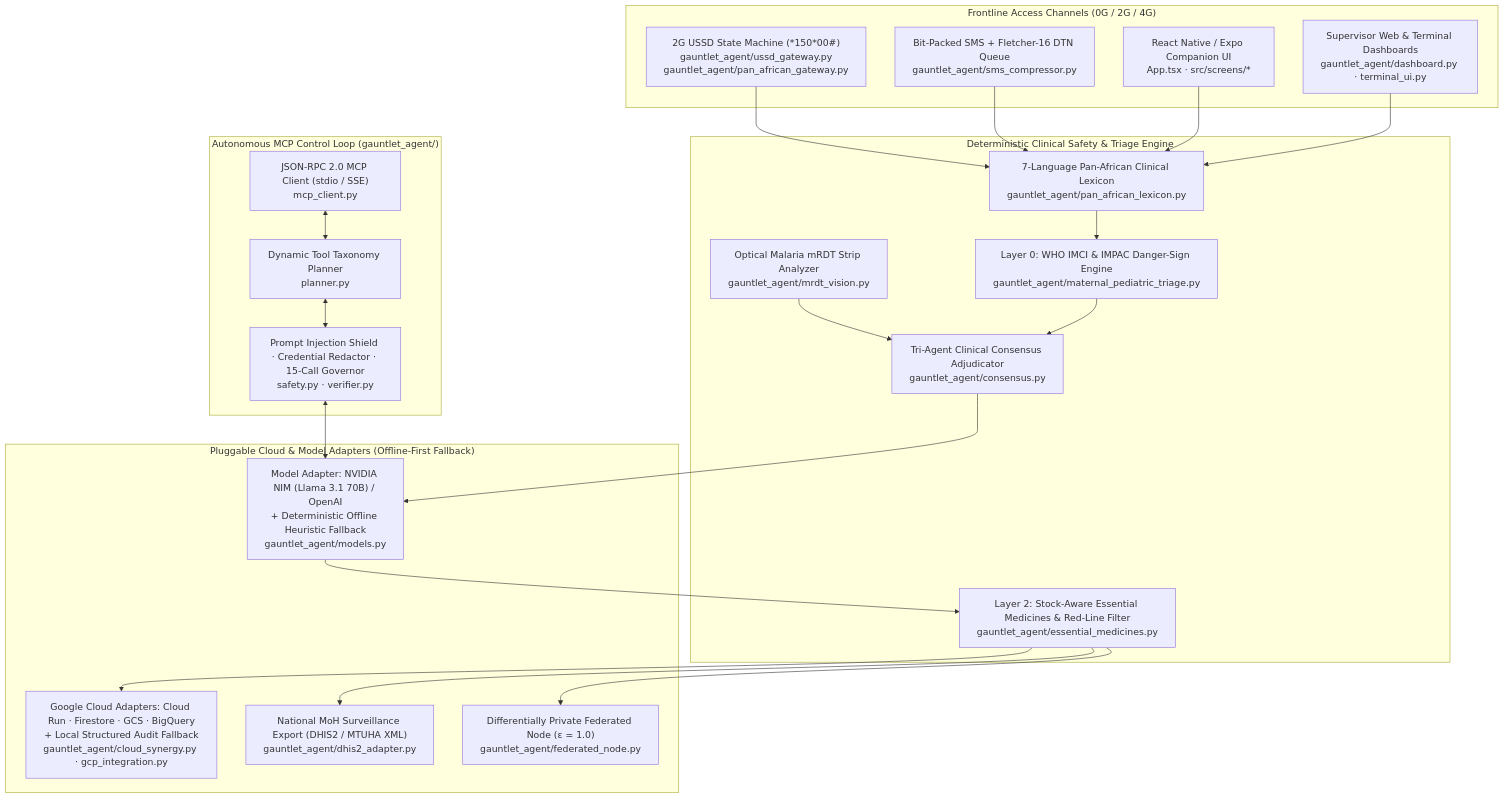
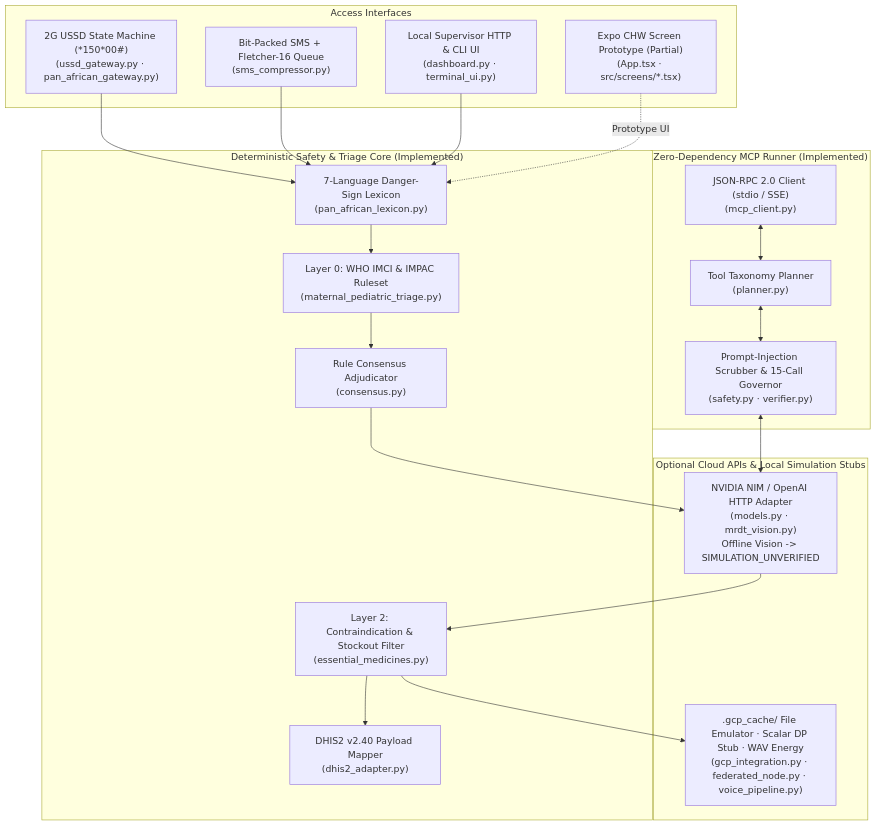
The diagram in README.md (creova-gif/daktari-agent), drawn with Mermaid before and after one commit. The commit also changed other lines of this file and 9 other files, not shown here.

Commit message:
security(clinical): fail closed on untagged mRDT payloads and reconcile implementation status

````diff
--- a/README.md
+++ b/README.md
@@ -22,48 +43,44 @@
 ```mermaid
 flowchart TB
-    subgraph Channels["Frontline Access Channels (0G / 2G / 4G)"]
-        USSD["2G USSD State Machine (*150*00#)<br/>gauntlet_agent/ussd_gateway.py<br/>gauntlet_agent/pan_african_gateway.py"]
-        SMS["Bit-Packed SMS + Fletcher-16 DTN Queue<br/>gauntlet_agent/sms_compressor.py"]
-        Mobile["React Native / Expo Companion UI<br/>App.tsx · src/screens/*"]
-        WebUI["Supervisor Web & Terminal Dashboards<br/>gauntlet_agent/dashboard.py · terminal_ui.py"]
+    subgraph Channels["Access Interfaces"]
+        USSD["2G USSD State Machine (*150*00#)<br/>(ussd_gateway.py · pan_african_gateway.py)"]
+        SMS["Bit-Packed SMS + Fletcher-16 Queue<br/>(sms_compressor.py)"]
+        WebUI["Local Supervisor HTTP & CLI UI<br/>(dashboard.py · terminal_ui.py)"]
+        Expo["Expo CHW Screen Prototype (Partial)<br/>(App.tsx · src/screens/*.tsx)"]
     end
 
-    subgraph SafetySandwich["Deterministic Clinical Safety & Triage Engine"]
-        Lexicon["7-Language Pan-African Clinical Lexicon<br/>gauntlet_agent/pan_african_lexicon.py"]
-        IMCI["Layer 0: WHO IMCI & IMPAC Danger-Sign Engine<br/>gauntlet_agent/maternal_pediatric_triage.py"]
-        mRDT["Optical Malaria mRDT Strip Analyzer<br/>gauntlet_agent/mrdt_vision.py"]
-        Consensus["Tri-Agent Clinical Consensus Adjudicator<br/>gauntlet_agent/consensus.py"]
-        MedFilter["Layer 2: Stock-Aware Essential Medicines & Red-Line Filter<br/>gauntlet_agent/essential_medicines.py"]
+    subgraph DeterministicCore["Deterministic Safety & Triage Core (Implemented)"]
+        Lexicon["7-Language Danger-Sign Lexicon<br/>(pan_african_lexicon.py)"]
+        IMCI["Layer 0: WHO IMCI & IMPAC Ruleset<br/>(maternal_pediatric_triage.py)"]
+        Consensus["Rule Consensus Adjudicator<br/>(consensus.py)"]
+        MedFilter["Layer 2: Contraindication & Stockout Filter<br/>(essential_medicines.py)"]
+        DHIS2["DHIS2 v2.40 Payload Mapper<br/>(dhis2_adapter.py)"]
     end
 
-    subgraph MCPRunner["Autonomous MCP Control Loop (gauntlet_agent/)"]
-        Client["JSON-RPC 2.0 MCP Client (stdio / SSE)<br/>mcp_client.py"]
-        Planner["Dynamic Tool Taxonomy Planner<br/>planner.py"]
-        Shield["Prompt Injection Shield · Credential Redactor · 15-Call Governor<br/>safety.py · verifier.py"]
+    subgraph MCPRunner["Zero-Dependency MCP Runner (Implemented)"]
+        Client["JSON-RPC 2.0 Client (stdio / SSE)<br/>(mcp_client.py)"]
+        Planner["Tool Taxonomy Planner<br/>(planner.py)"]
+        Shield["Prompt-Injection Scrubber & 15-Call Governor<br/>(safety.py · verifier.py)"]
     end
 
-    subgraph CloudAndModels["Pluggable Cloud & Model Adapters (Offline-First Fallback)"]
-        NIM["Model Adapter: NVIDIA NIM (Llama 3.1 70B) / OpenAI<br/>+ Deterministic Offline Heuristic Fallback<br/>gauntlet_agent/models.py"]
-        GCP["Google Cloud Adapters: Cloud Run · Firestore · GCS · BigQuery<br/>+ Local Structured Audit Fallback<br/>gauntlet_agent/cloud_synergy.py · gcp_integration.py"]
-        DHIS2["National MoH Surveillance Export (DHIS2 / MTUHA XML)<br/>gauntlet_agent/dhis2_adapter.py"]
-        FedNode["Differentially Private Federated Node (ε = 1.0)<br/>gauntlet_agent/federated_node.py"]
+    subgraph OptionalAndSim["Optional Cloud APIs & Local Simulation Stubs"]
+        NIM["NVIDIA NIM / OpenAI HTTP Adapter<br/>(models.py · mrdt_vision.py)<br/>Offline Vision -> SIMULATION_UNVERIFIED"]
+        Sim[".gcp_cache/ File Emulator · Scalar DP Stub · WAV Energy<br/>(gcp_integration.py · federated_node.py · voice_pipeline.py)"]
     end
 
     USSD --> Lexicon
     SMS --> Lexicon
-    Mobile --> Lexicon
     WebUI --> Lexicon
+    Expo -. "Prototype UI" .-> Lexicon
 
     Lexicon --> IMCI
-    mRDT --> Consensus
     IMCI --> Consensus
     Consensus --> NIM
     NIM --> MedFilter
+    MedFilter --> DHIS2
+    MedFilter --> Sim
+
     Client <--> Planner
     Planner <--> Shield
     Shield <--> NIM
-
-    MedFilter --> DHIS2
-    MedFilter --> GCP
-    MedFilter --> FedNode
 ```
````
